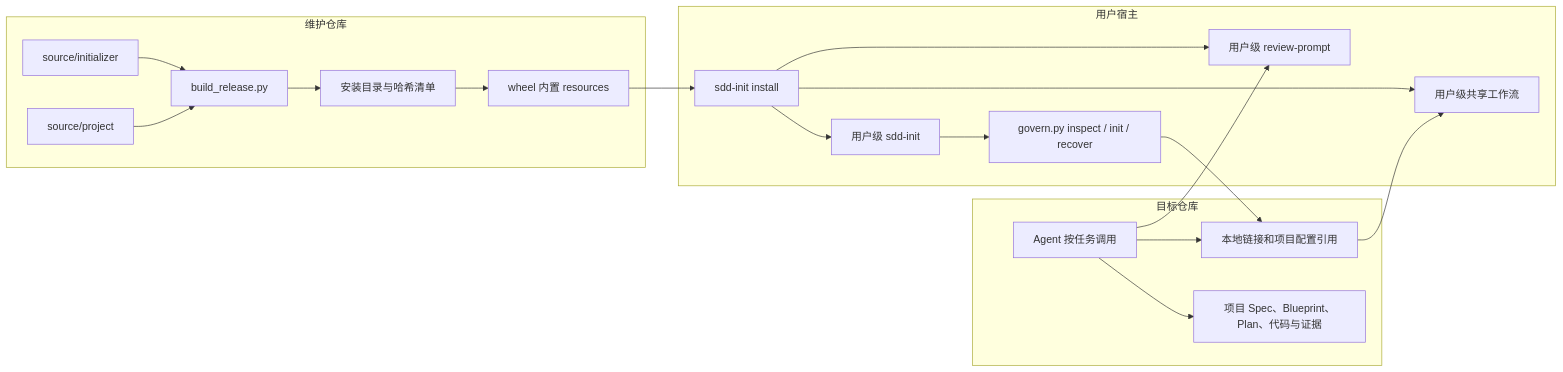
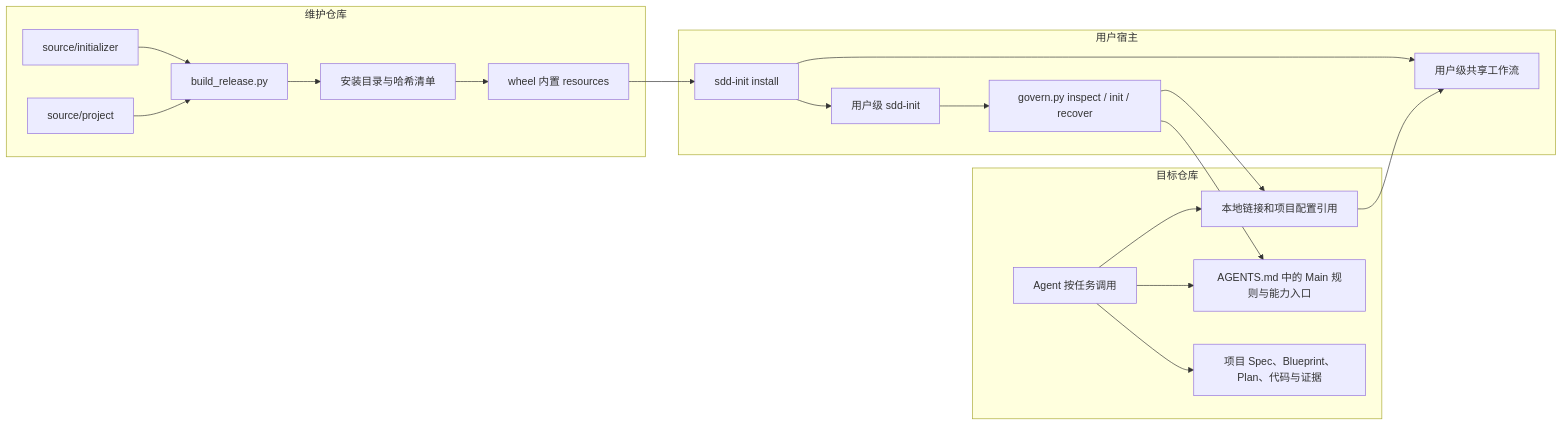
The second of 3 diagrams in docs/blueprint.md (bigsmartben/sdd-init), drawn with Mermaid before and after one commit. The commit also changed other lines of this file and 36 other files, not shown here.

````diff
--- a/docs/blueprint.md
+++ b/docs/blueprint.md
@@ -83,26 +85,26 @@
 ```mermaid
 flowchart LR
   subgraph Repo[维护仓库]
     InitSource[source/initializer]
     ProjectSource[source/project]
     Builder[build_release.py]
     InitSource --> Builder
     ProjectSource --> Builder
     Builder --> Bundle[安装目录与哈希清单]
     Bundle --> Wheel[wheel 内置 resources]
   end
   subgraph UserHost[用户宿主]
     CLI[sdd-init install] --> UserSkill[用户级 sdd-init]
     Wheel --> CLI
     CLI --> SharedBundle[用户级共享工作流]
-    CLI --> PromptRole[用户级 review-prompt]
     UserSkill --> Govern[govern.py inspect / init / recover]
   end
   subgraph Target[目标仓库]
     Govern --> Local[本地链接和项目配置引用]
+    Govern --> MainRules[AGENTS.md 中的 Main 规则与能力入口]
     Local --> SharedBundle
     Agent[Agent 按任务调用] --> Local
-    Agent --> PromptRole
+    Agent --> MainRules
     Agent --> Artifacts[项目 Spec、Blueprint、Plan、代码与证据]
   end
 ```
````
